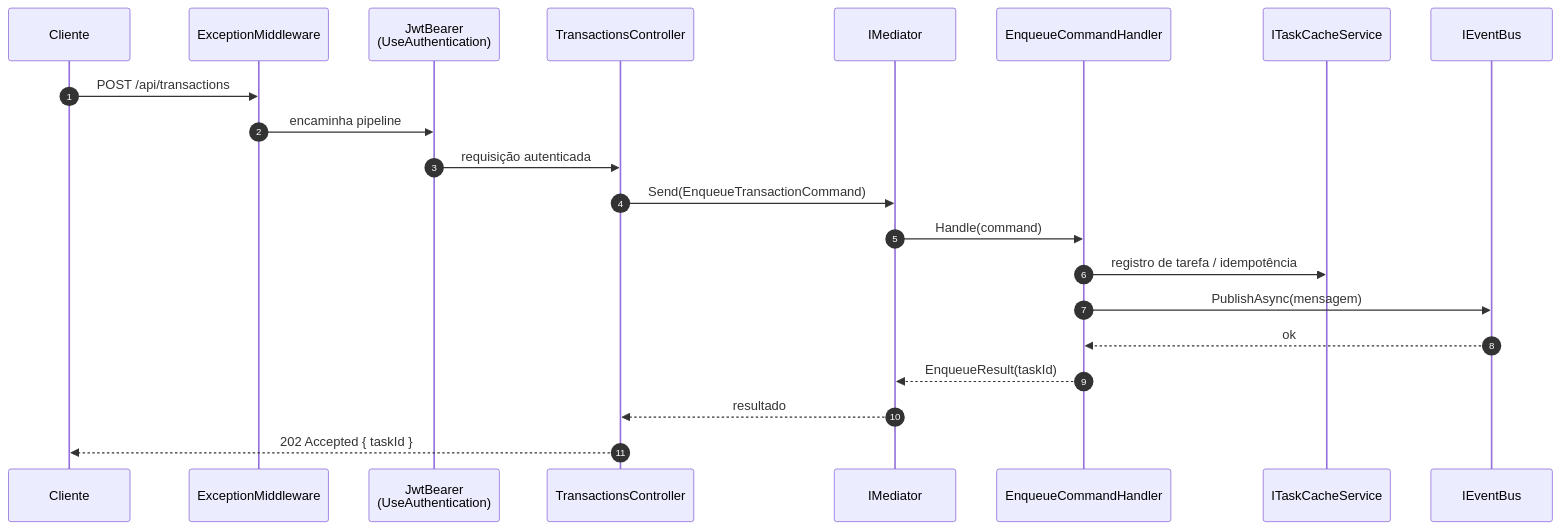
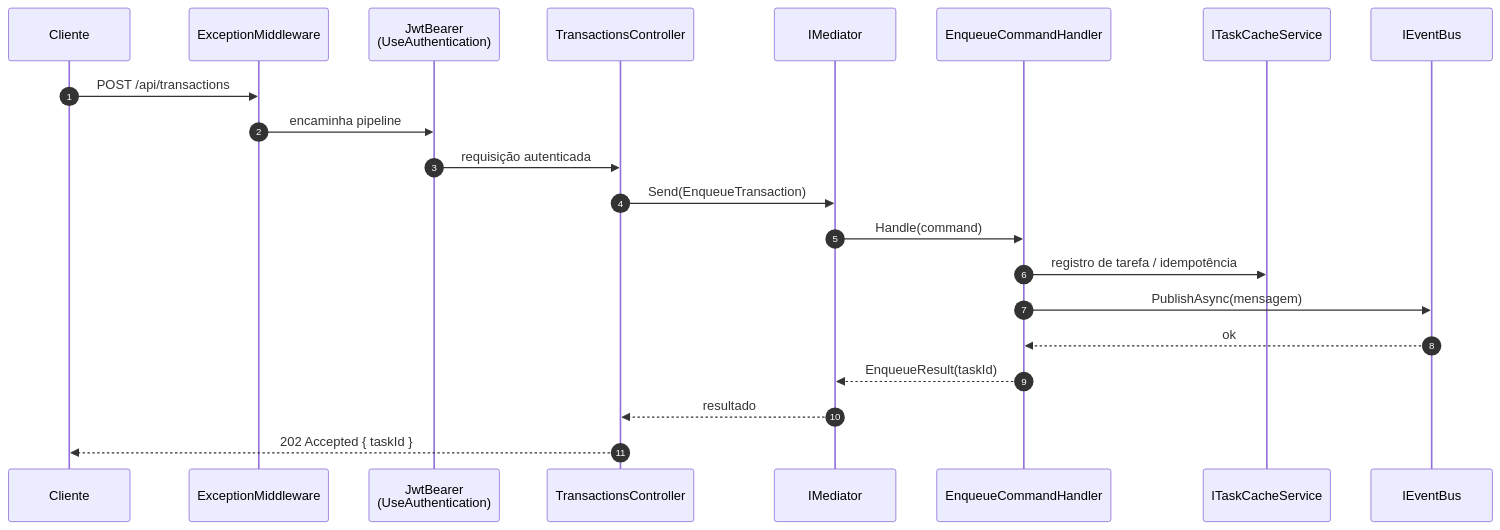
Before and after one commit to filipececcon/arch-challenge: the second of 3 diagrams in docs/architecture/cashflow/layer-01-api.md, drawn with Mermaid. The commit also changed other lines of this file and 120 other files, not shown here.

````diff
--- a/docs/architecture/cashflow/layer-01-api.md
+++ b/docs/architecture/cashflow/layer-01-api.md
@@ -85,24 +85,24 @@
 ```mermaid
 sequenceDiagram
     autonumber
     participant C as Cliente
     participant EM as ExceptionMiddleware
     participant JWT as JwtBearer<br/>(UseAuthentication)
     participant TC as TransactionsController
     participant M as IMediator
     participant EH as EnqueueCommandHandler
     participant TCS as ITaskCacheService
     participant EB as IEventBus
 
     C->>EM: POST /api/transactions
     EM->>JWT: encaminha pipeline
     JWT->>TC: requisição autenticada
-    TC->>M: Send(EnqueueTransactionCommand)
+    TC->>M: Send(EnqueueTransaction)
     M->>EH: Handle(command)
     EH->>TCS: registro de tarefa / idempotência
     EH->>EB: PublishAsync(mensagem)
     EB-->>EH: ok
     EH-->>M: EnqueueResult(taskId)
     M-->>TC: resultado
     TC-->>C: 202 Accepted { taskId }
 ```
````
